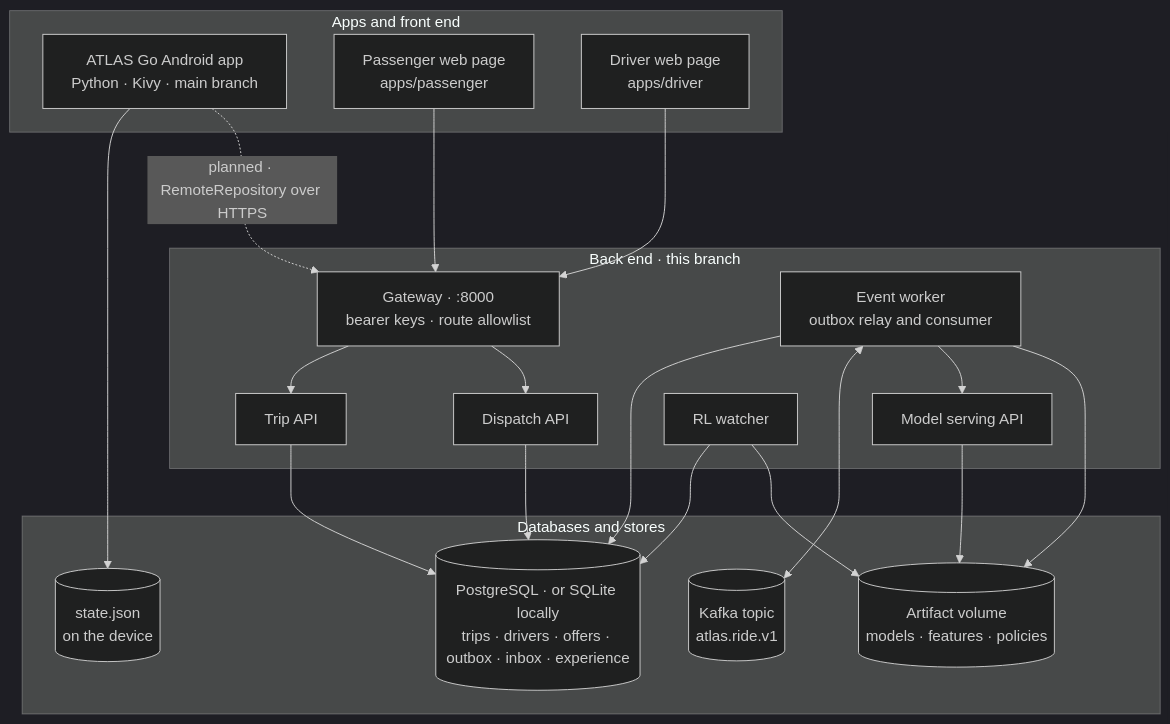
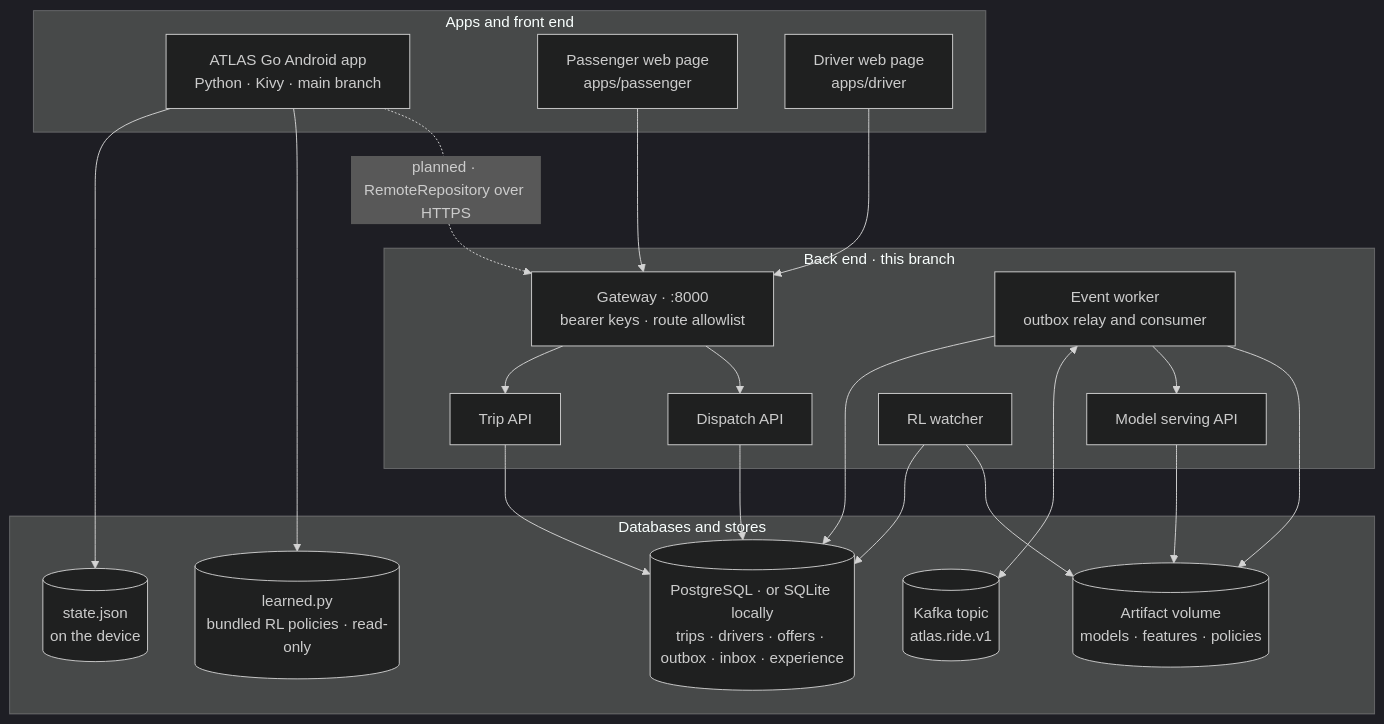
One commit to FUllSCIPTS/ATLAS changed the first of 21 diagrams in architecture-explorer/starter/docs/UML_BLUEPRINT.md. Above: the diagram before and after it, drawn with Mermaid (dark theme). The commit also changed other lines of this file, not shown here.

Commit message:
UML blueprint: update the Android app to ATLAS Go 1.1.0 (on-device intelligence)

````diff
--- a/architecture-explorer/starter/docs/UML_BLUEPRINT.md
+++ b/architecture-explorer/starter/docs/UML_BLUEPRINT.md
@@ -31,37 +31,39 @@
 ```mermaid
 flowchart TD
     subgraph Clients["Apps and front end"]
         A["ATLAS Go Android app<br/>Python · Kivy · main branch"]
         W1["Passenger web page<br/>apps/passenger"]
         W2["Driver web page<br/>apps/driver"]
     end
     subgraph Backend["Back end · this branch"]
         G["Gateway · :8000<br/>bearer keys · route allowlist"]
         T["Trip API"]
         D["Dispatch API"]
         E["Event worker<br/>outbox relay and consumer"]
         M["Model serving API"]
         R["RL watcher"]
     end
     subgraph Data["Databases and stores"]
         S[("state.json<br/>on the device")]
+        LP[("learned.py<br/>bundled RL policies · read-only")]
         P[("PostgreSQL · or SQLite locally<br/>trips · drivers · offers · outbox · inbox · experience")]
         K[("Kafka topic<br/>atlas.ride.v1")]
         V[("Artifact volume<br/>models · features · policies")]
     end
     A --> S
+    A --> LP
     A -. "planned · RemoteRepository over HTTPS" .-> G
     W1 --> G
     W2 --> G
     G --> T
     G --> D
     T --> P
     D --> P
     E --> P
     E <--> K
     E --> M
     M --> V
     E --> V
     R --> P
     R --> V
 ```
````
